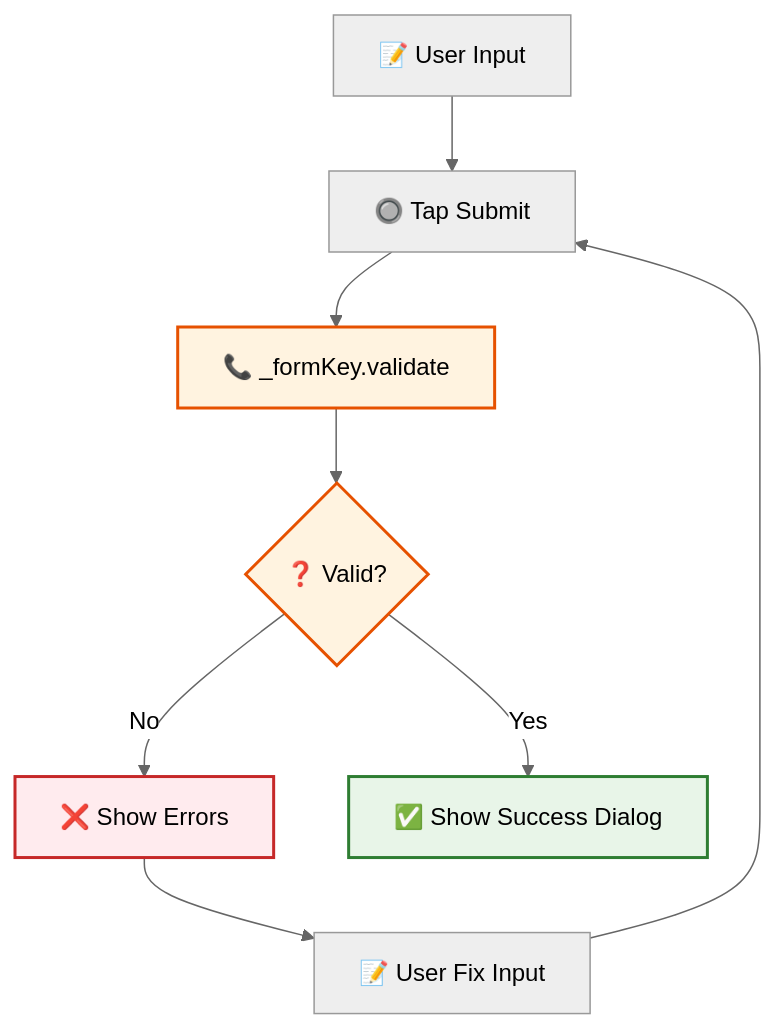
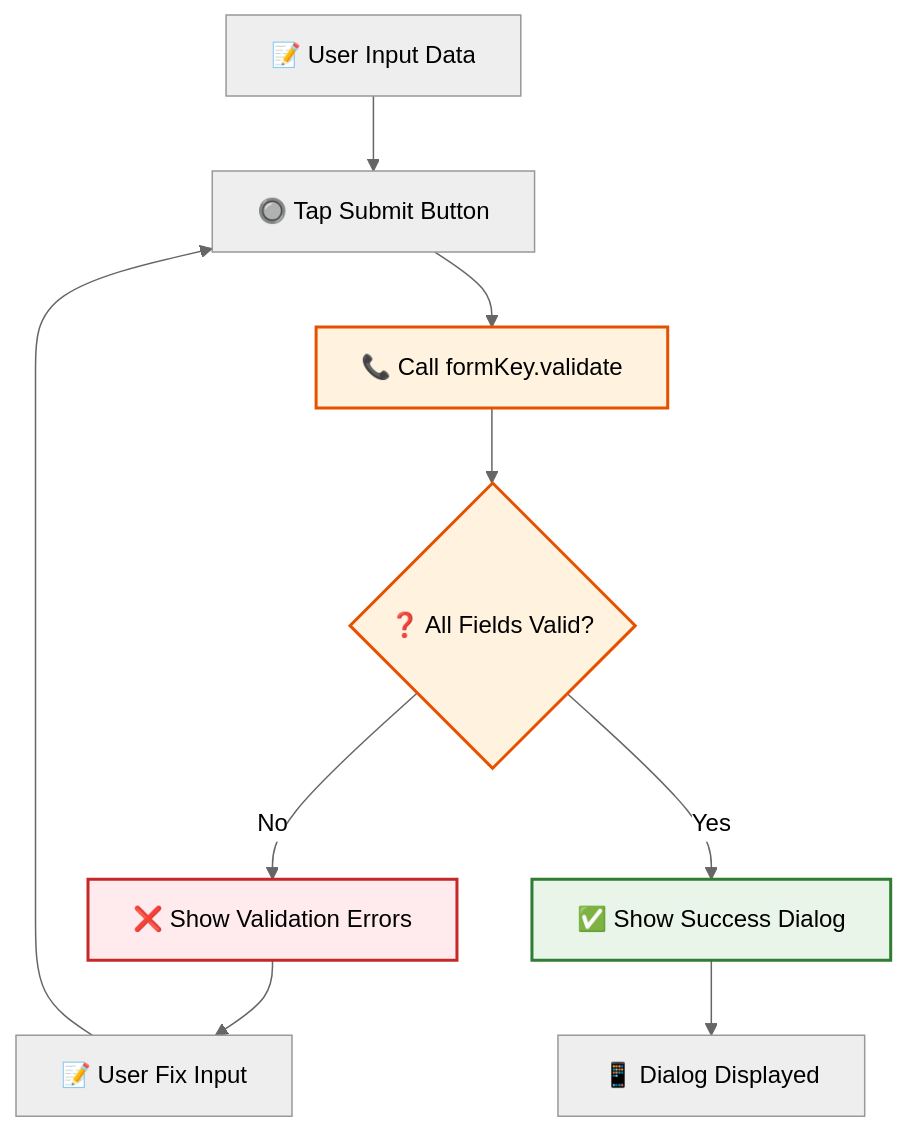
Before and after one commit to antonprafanto/flutter: the fifth of 6 diagrams in pertemuan4.md, drawn with Mermaid (neutral theme). The commit also changed other lines of this file, not shown here.

````diff
--- a/pertemuan4.md
+++ b/pertemuan4.md
@@ -559,15 +584,16 @@
 ```mermaid
 flowchart TD
-    A[📝 User Input] --> B[🔘 Tap Submit]
-    B --> C[📞 _formKey.validate]
-    C --> D{❓ Valid?}
-    D -->|No| E[❌ Show Errors]
+    A[📝 User Input Data] --> B[🔘 Tap Submit Button]
+    B --> C[📞 Call formKey.validate]
+    C --> D{❓ All Fields Valid?}
+    D -->|No| E[❌ Show Validation Errors]
     D -->|Yes| F[✅ Show Success Dialog]
     E --> G[📝 User Fix Input]
     G --> B
+    F --> H[📱 Dialog Displayed]
     
-    style C fill:#fff3e0,stroke:#e65100,stroke-width:2px,color:#000
-    style D fill:#fff3e0,stroke:#e65100,stroke-width:2px,color:#000
-    style E fill:#ffebee,stroke:#c62828,stroke-width:2px,color:#000
-    style F fill:#e8f5e8,stroke:#2e7d32,stroke-width:2px,color:#000
+    style C fill:#fff3e0,stroke:#e65100,stroke-width:2px
+    style D fill:#fff3e0,stroke:#e65100,stroke-width:2px
+    style E fill:#ffebee,stroke:#c62828,stroke-width:2px
+    style F fill:#e8f5e8,stroke:#2e7d32,stroke-width:2px
 ```
````
